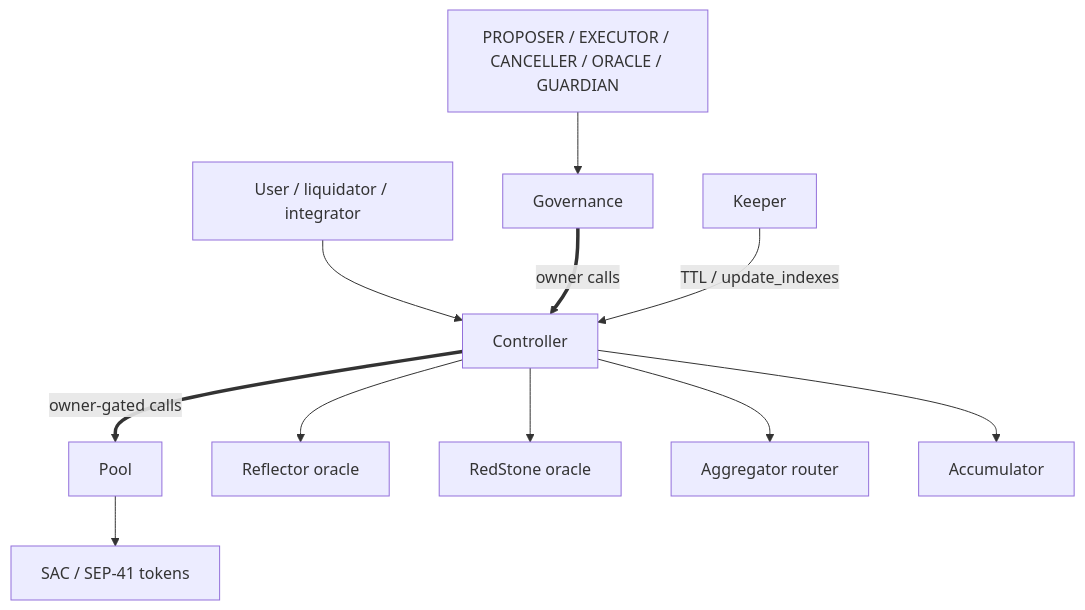
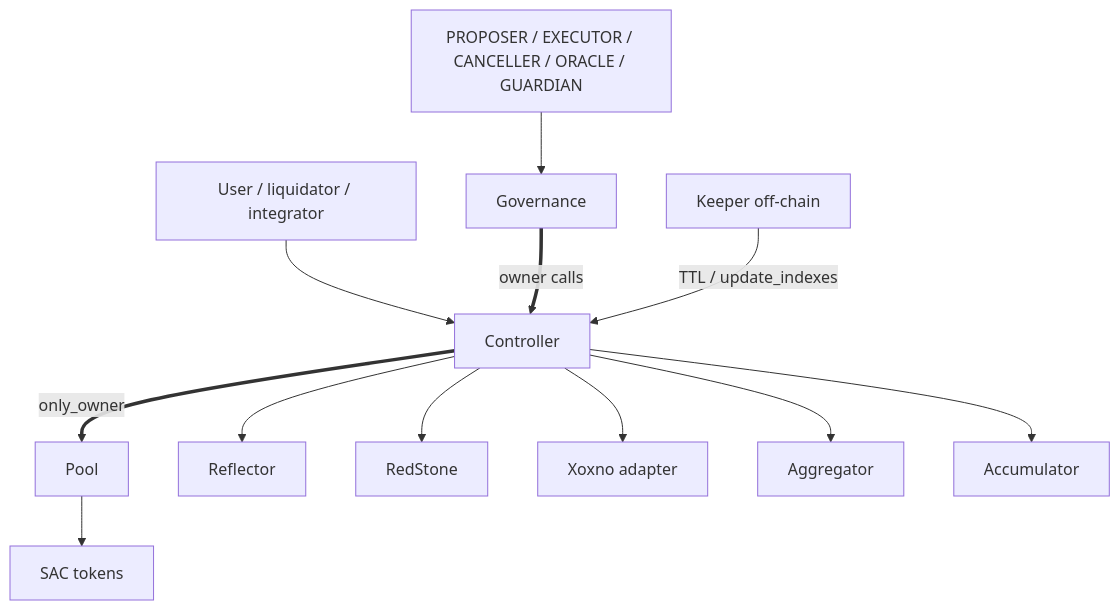
One commit to XOXNO/rs-lending-xlm changed the diagram in SCF_BUILD_ARCHITECTURE.md. Above: the diagram before and after it, drawn with Mermaid. The commit also changed other lines of this file and 333 other files, not shown here.

````diff
--- a/SCF_BUILD_ARCHITECTURE.md
+++ b/SCF_BUILD_ARCHITECTURE.md
@@ -30,14 +43,15 @@
 ```mermaid
 flowchart TB
     User["User / liquidator / integrator"] --> Controller["Controller"]
     Governance["Governance"] ==>|"owner calls"| Controller
     GovRoles["PROPOSER / EXECUTOR / CANCELLER / ORACLE / GUARDIAN"] --> Governance
-    Keeper["Keeper"] -->|"TTL / update_indexes"| Controller
+    Keeper["Keeper off-chain"] -->|"TTL / update_indexes"| Controller
 
-    Controller ==>|"owner-gated calls"| Pool["Pool"]
-    Controller --> Reflector["Reflector oracle"]
-    Controller --> RedStone["RedStone oracle"]
-    Controller --> Router["Aggregator router"]
+    Controller ==>|"only_owner"| Pool["Pool"]
+    Controller --> Reflector["Reflector"]
+    Controller --> RedStone["RedStone"]
+    Controller --> Xoxno["Xoxno adapter"]
+    Controller --> Router["Aggregator"]
     Controller --> Accumulator["Accumulator"]
-    Pool --> Tokens["SAC / SEP-41 tokens"]
+    Pool --> Tokens["SAC tokens"]
 ```
````
